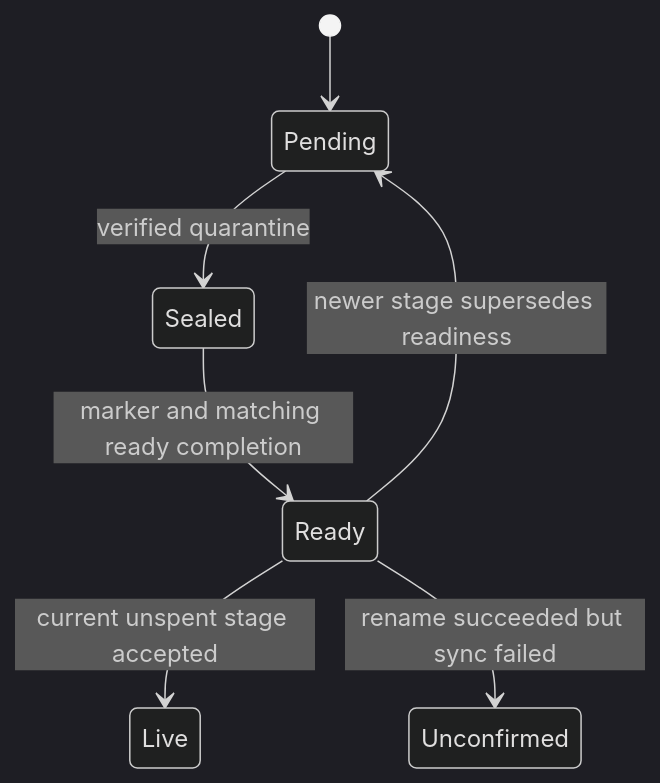
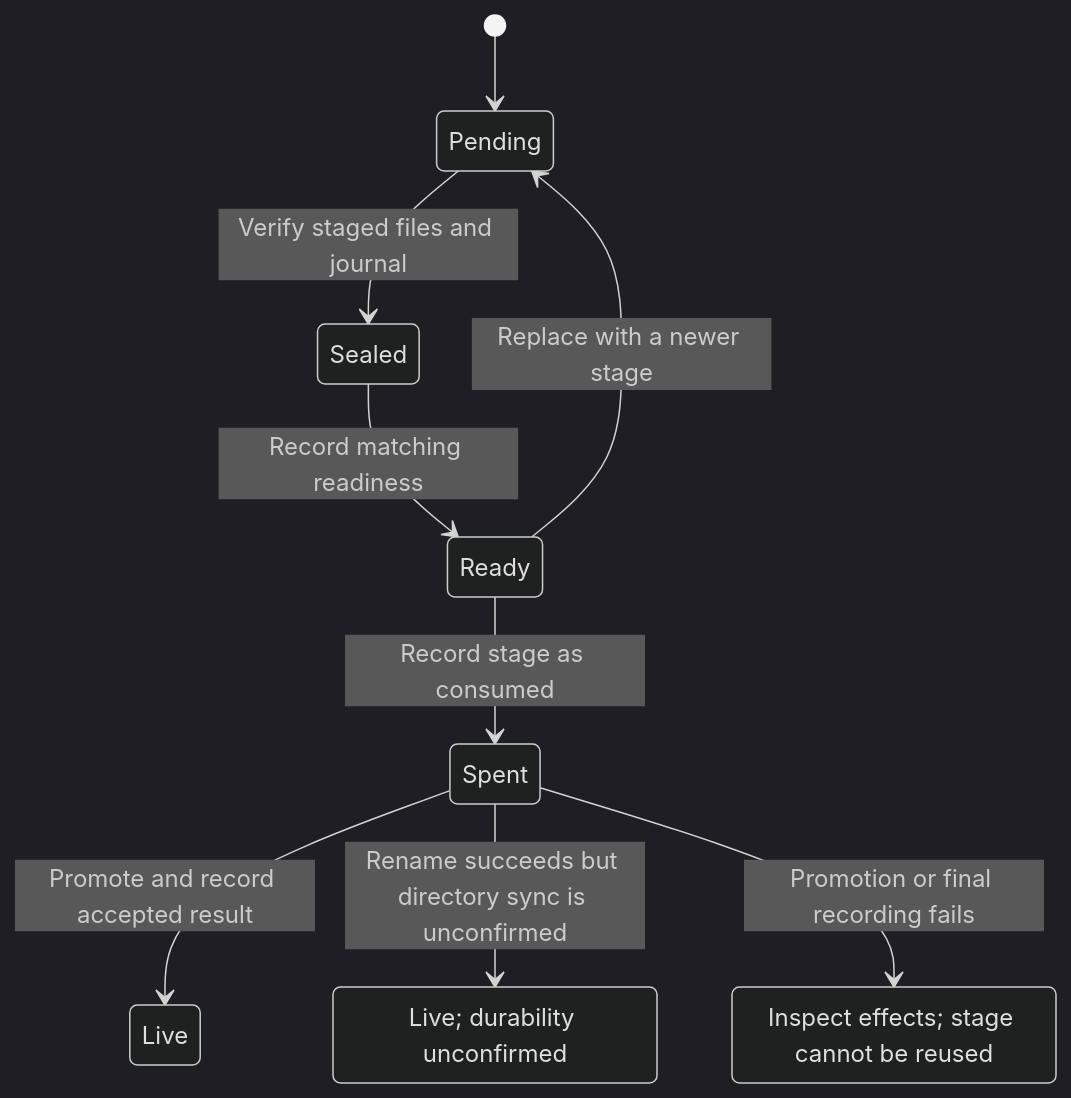
One commit to nessalabs/nessa-agent changed the diagram in docs/state/services/gateway/backup-restore.md. Above: the diagram before and after it, drawn with Mermaid (dark theme). The commit also changed other lines of this file and 6 other files, not shown here.

````diff
--- a/docs/state/services/gateway/backup-restore.md
+++ b/docs/state/services/gateway/backup-restore.md
@@ -52,9 +81,13 @@
 ```mermaid
 stateDiagram-v2
     [*] --> Pending
-    Pending --> Sealed: verified quarantine
-    Sealed --> Ready: marker and matching ready completion
-    Ready --> Live: current unspent stage accepted
-    Ready --> Unconfirmed: rename succeeded but sync failed
-    Ready --> Pending: newer stage supersedes readiness
+    Pending --> Sealed: Verify staged files and journal
+    Sealed --> Ready: Record matching readiness
+    Ready --> Pending: Replace with a newer stage
+    Ready --> Spent: Record stage as consumed
+    Spent --> Live: Promote and record accepted result
+    Spent --> Unconfirmed: Rename succeeds but directory sync is unconfirmed
+    Spent --> Inspect: Promotion or final recording fails
+    state "Live; durability unconfirmed" as Unconfirmed
+    state "Inspect effects; stage cannot be reused" as Inspect
 ```
````
